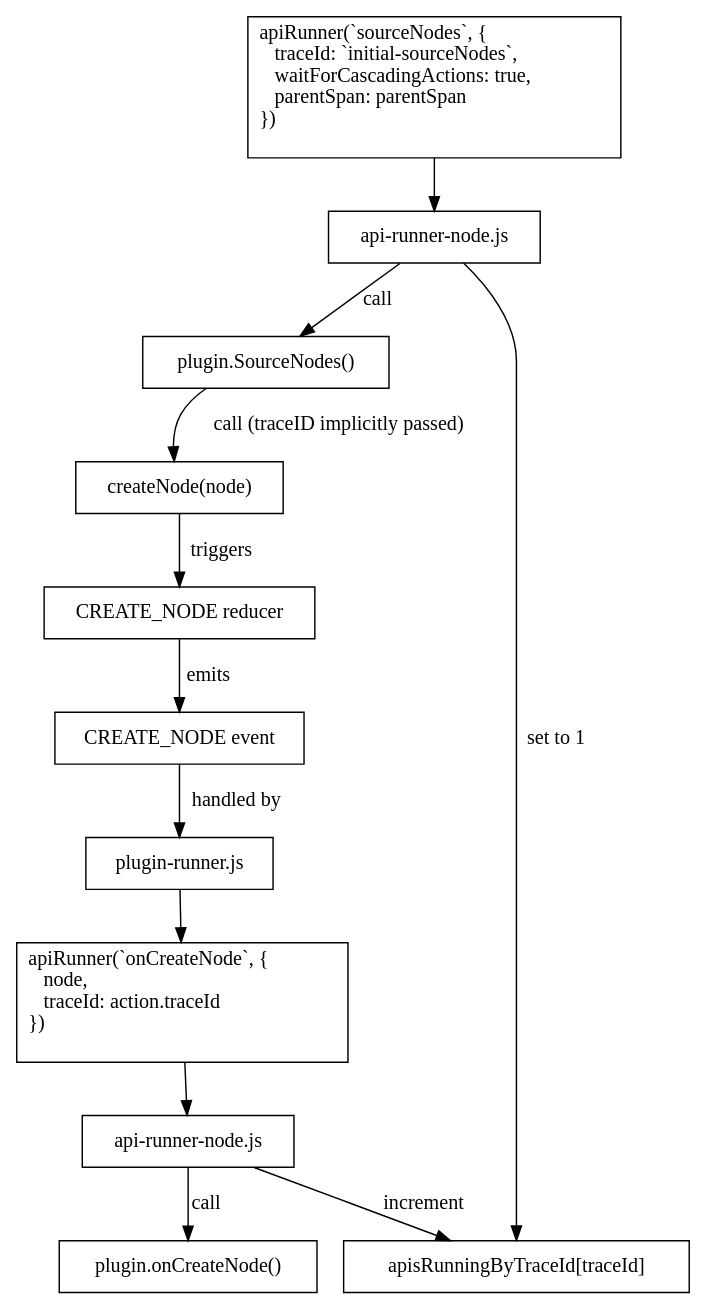
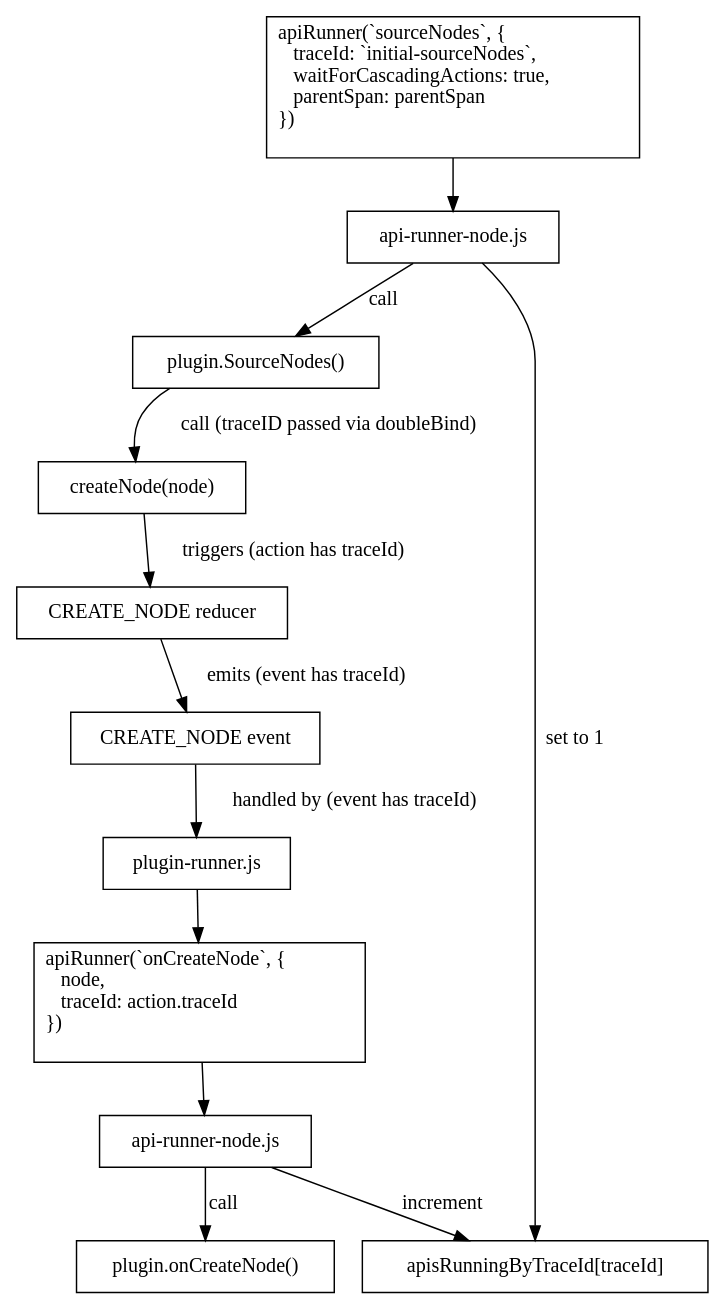
Before and after one commit to gatsbyjs/gatsby: the diagram in docs/docs/how-plugins-apis-are-run.md, drawn with Graphviz. The commit also changed 2 other files, not shown here.

Commit message:
more internal docs

````diff
--- a/docs/docs/how-plugins-apis-are-run.md
+++ b/docs/docs/how-plugins-apis-are-run.md
@@ -63,29 +63,29 @@
 ```dot
 digraph {
   node [ shape="box" ];
   
   "initialCall" [ label="apiRunner(`sourceNodes`, {\l    traceId: `initial-sourceNodes`,\l    waitForCascadingActions: true,\l    parentSpan: parentSpan\l})\l " ];
   "apiRunner1" [ label="api-runner-node.js" ];
   "sourceNodes" [ label="plugin.SourceNodes()" ];
   "createNode" [ label="createNode(node)" ];
   "apisRunning" [ label="apisRunningByTraceId[traceId]" ];
   "createNodeReducer" [ label="CREATE_NODE reducer" ];
   "CREATE_NODE" [ label="CREATE_NODE event" ];
   "pluginRunner" [ label="plugin-runner.js" ];
   "onCreateNode" [ label="plugin.onCreateNode()" ];
   "apiRunnerOnCreateNode" [ label="apiRunner(`onCreateNode`, {\l    node,\l    traceId: action.traceId\l})\l "; ];
   "apiRunner2" [ label="api-runner-node.js" ];
   
   "initialCall" -> "apiRunner1";
   "apiRunner1" -> "apisRunning" [ label="set to 1" ];
   "apiRunner1" -> "sourceNodes" [ label="call" ];
-  "sourceNodes" -> "createNode" [ label="call (traceID implicitly passed)" ];
-  "createNode" -> "createNodeReducer" [ label="triggers" ];
-  "createNodeReducer" -> "CREATE_NODE" [ label="emits" ];
-  "CREATE_NODE" -> "pluginRunner" [ label="handled by" ];
+  "sourceNodes" -> "createNode" [ label="call (traceID passed via doubleBind)" ];
+  "createNode" -> "createNodeReducer" [ label="triggers (action has traceId)" ];
+  "createNodeReducer" -> "CREATE_NODE" [ label="emits (event has traceId)" ];
+  "CREATE_NODE" -> "pluginRunner" [ label="handled by (event has traceId)" ];
   "pluginRunner" -> "apiRunnerOnCreateNode";
   "apiRunnerOnCreateNode" -> "apiRunner2";
   "apiRunner2" -> "onCreateNode" [ label="call" ];
   "apiRunner2" -> "apisRunning" [ label="increment" ];
 }
 ```
````
